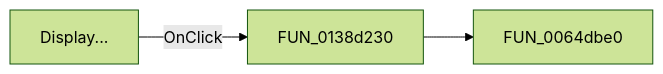
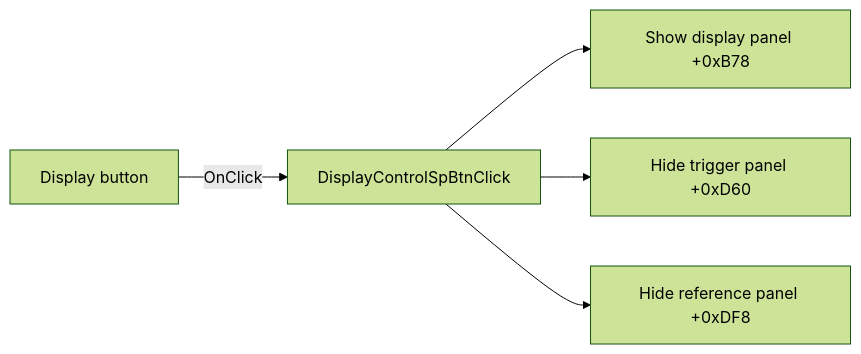
Before and after one commit to MovGP0/TIARA: the diagram in docs/ui-controls/signalanalyzerwin/displaycontrolspbtn-5c46f8f1c9.md, drawn with Mermaid (forest theme). The commit also changed other lines of this file and 1062 other files, not shown here.

````diff
--- a/docs/ui-controls/signalanalyzerwin/displaycontrolspbtn-5c46f8f1c9.md
+++ b/docs/ui-controls/signalanalyzerwin/displaycontrolspbtn-5c46f8f1c9.md
@@ -27,5 +29,7 @@
 ```mermaid
 flowchart LR
-    control["Display..."] -->|OnClick| handler["FUN_0138d230"]
-    handler --> call1["FUN_0064dbe0"]
+    control["Display button"] -->|OnClick| handler["DisplayControlSpBtnClick"]
+    handler --> show["Show display panel +0xB78"]
+    handler --> hideTrigger["Hide trigger panel +0xD60"]
+    handler --> hideReference["Hide reference panel +0xDF8"]
 ```
````
